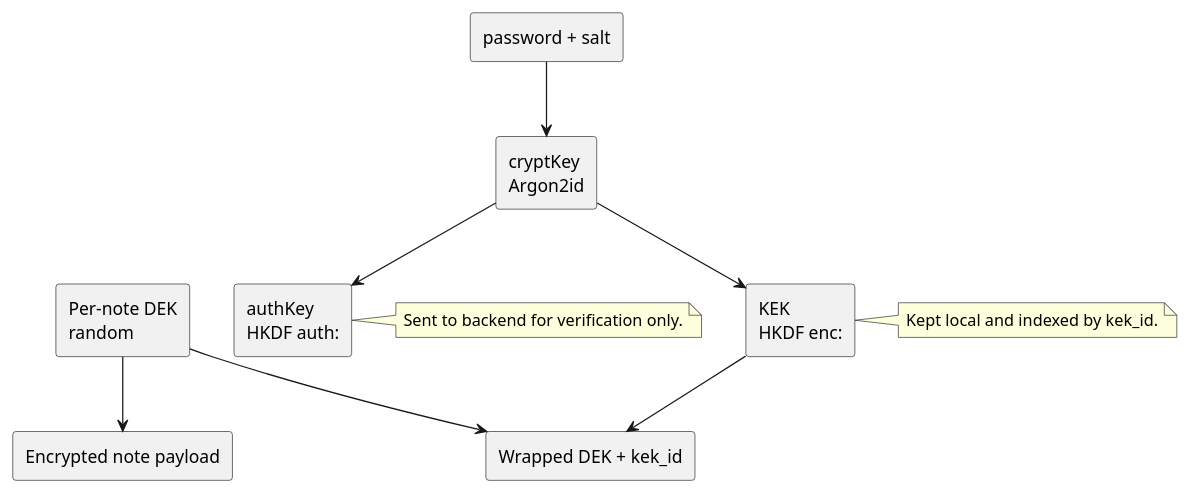
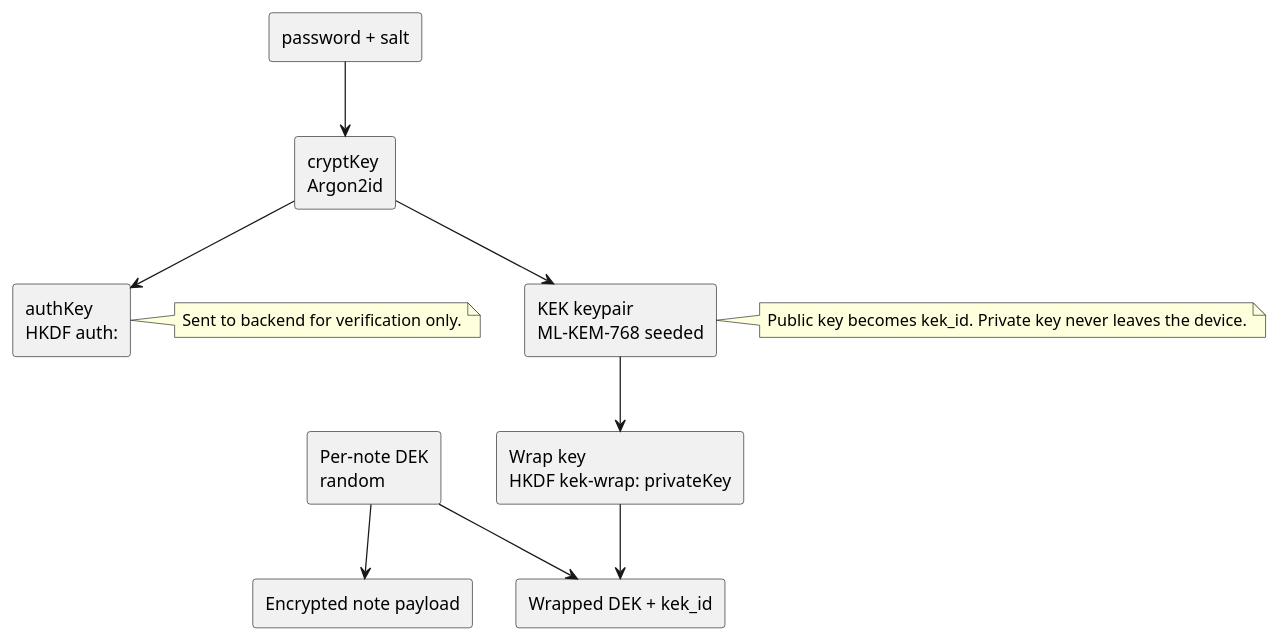
Before and after one commit to benedikt-weyer/preset-reactnative-expo-frontend-rust-backend-e2ee-github: the third of 3 diagrams in apps/docs/docs/auth-note-encryption.md, drawn with PlantUML. The commit also changed other lines of this file and 31 other files, not shown here.

First line of the commit message:
feat!: implement asymmetric KEK keypair management and encryption

````diff
--- a/apps/docs/docs/auth-note-encryption.md
+++ b/apps/docs/docs/auth-note-encryption.md
@@ -89,28 +94,30 @@
 ```plantuml format="svg_inline" alt="Key hierarchy for note encryption" title="Key hierarchy for note encryption"
 @startuml
 skinparam shadowing false
 
 rectangle "password + salt" as Input
 rectangle "cryptKey\nArgon2id" as CryptKey
 rectangle "authKey\nHKDF auth:" as AuthKey
-rectangle "KEK\nHKDF enc:" as Kek
+rectangle "KEK keypair\nML-KEM-768 seeded" as KekPair
+rectangle "Wrap key\nHKDF kek-wrap: privateKey" as WrapKey
 rectangle "Per-note DEK\nrandom" as Dek
 rectangle "Encrypted note payload" as Payload
 rectangle "Wrapped DEK + kek_id" as WrappedDek
 
 Input --> CryptKey
 CryptKey --> AuthKey
-CryptKey --> Kek
-Kek --> WrappedDek
+CryptKey --> KekPair
+KekPair --> WrapKey
+WrapKey --> WrappedDek
 Dek --> Payload
 Dek --> WrappedDek
 
 note right of AuthKey
 Sent to backend for verification only.
 end note
 
-note right of Kek
-Kept local and indexed by kek_id.
+note right of KekPair
+Public key becomes kek_id. Private key never leaves the device.
 end note
 @enduml
 ```
````
